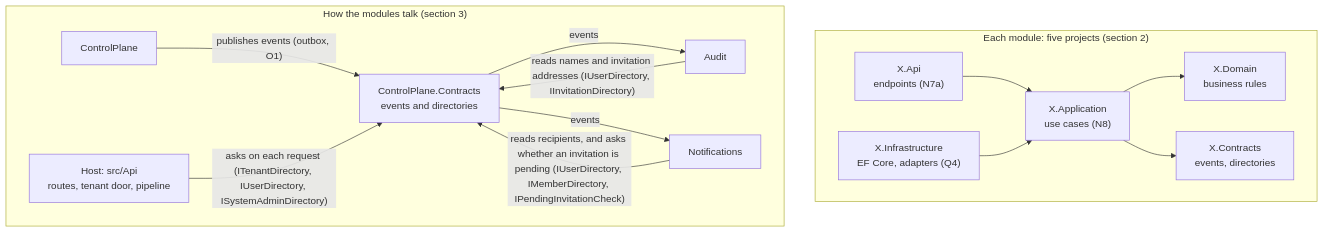
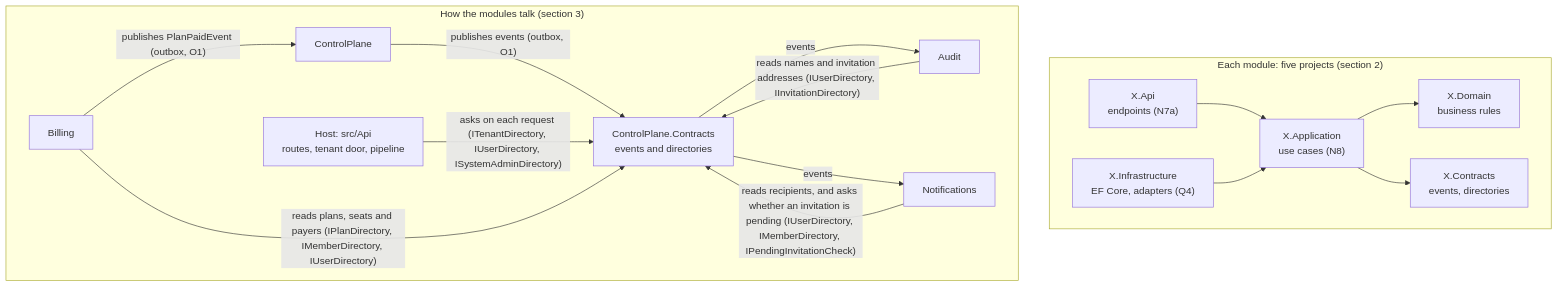
One commit to sufyant/multi-tenant-saas-starter changed the diagram in apps/api/docs/ARCHITECTURE.md. Above: the diagram before and after it, drawn with Mermaid. The commit also changed other lines of this file and 143 other files, not shown here.

````diff
--- a/apps/api/docs/ARCHITECTURE.md
+++ b/apps/api/docs/ARCHITECTURE.md
@@ -13,24 +13,27 @@
 ```mermaid
 flowchart TB
   subgraph module["Each module: five projects (section 2)"]
     direction LR
     api["X.Api<br/>endpoints (N7a)"] --> app["X.Application<br/>use cases (N8)"]
     app --> domain["X.Domain<br/>business rules"]
     infra["X.Infrastructure<br/>EF Core, adapters (Q4)"] --> app
     app --> contracts["X.Contracts<br/>events, directories"]
   end
   subgraph modules["How the modules talk (section 3)"]
     direction LR
     host["Host: src/Api<br/>routes, tenant door, pipeline"]
     cp["ControlPlane"]
     cpc["ControlPlane.Contracts<br/>events and directories"]
     audit["Audit"]
     notify["Notifications"]
+    billing["Billing"]
     cp -- "publishes events (outbox, O1)" --> cpc
     cpc -- "events" --> audit
     cpc -- "events" --> notify
     audit -- "reads names and invitation addresses (IUserDirectory, IInvitationDirectory)" --> cpc
     notify -- "reads recipients, and asks whether an invitation is pending (IUserDirectory, IMemberDirectory, IPendingInvitationCheck)" --> cpc
     host -- "asks on each request (ITenantDirectory, IUserDirectory, ISystemAdminDirectory)" --> cpc
+    billing -- "reads plans, seats and payers (IPlanDirectory, IMemberDirectory, IUserDirectory)" --> cpc
+    billing -- "publishes PlanPaidEvent (outbox, O1)" --> cp
   end
 ```
````
